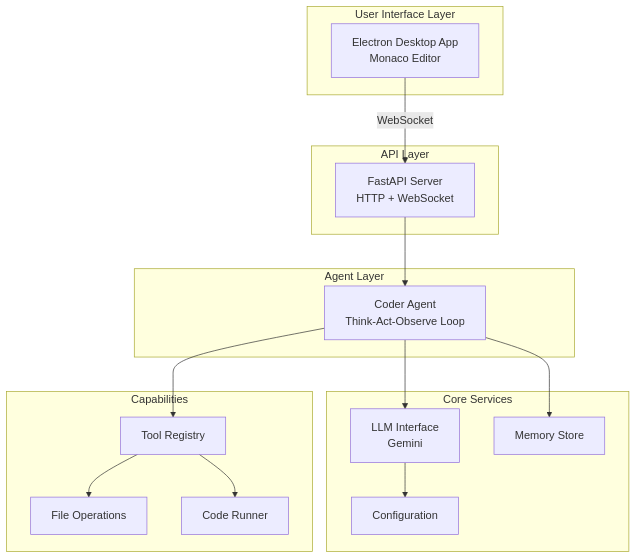
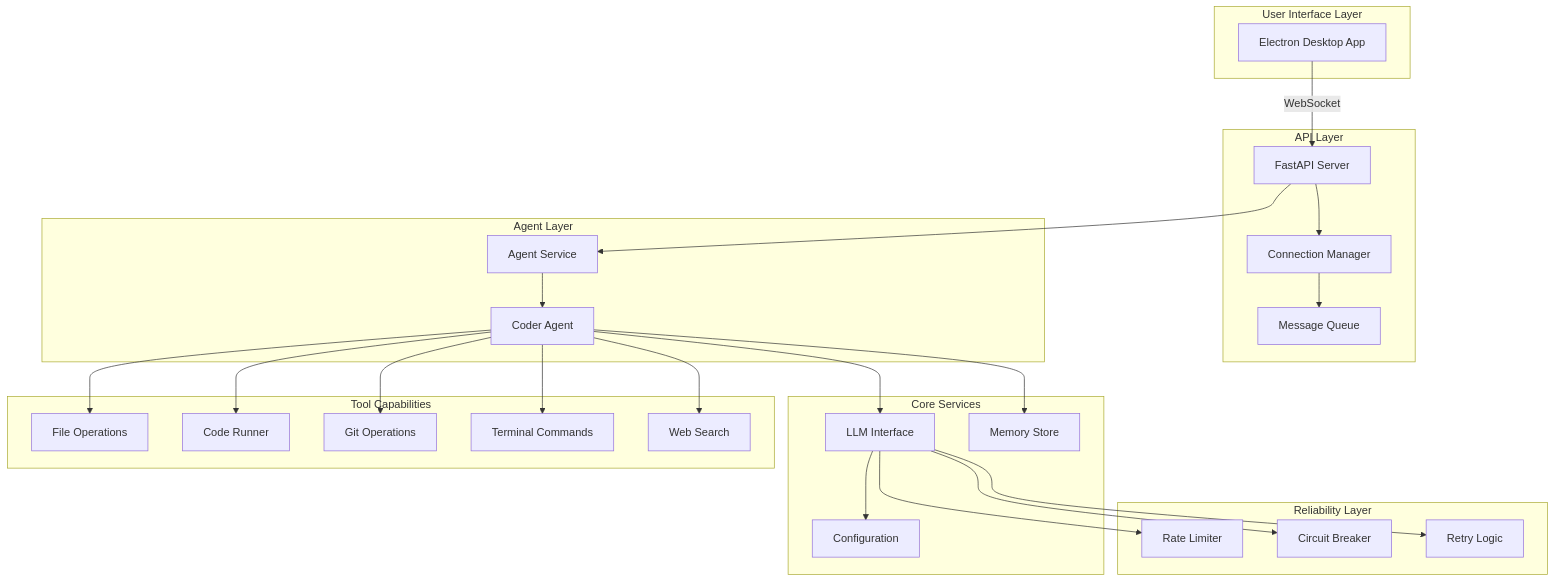
The first of 6 diagrams in docs/ARCHITECTURE.md (bdoubleu15-eng/slowhands), drawn with Mermaid before and after one commit. The commit also changed other lines of this file and 49 other files, not shown here.

````diff
--- a/docs/ARCHITECTURE.md
+++ b/docs/ARCHITECTURE.md
@@ -7,38 +7,56 @@
 ```mermaid
 graph TB
-    subgraph "User Interface Layer"
-        Desktop[Electron Desktop App<br/>Monaco Editor]
+    subgraph ui [User Interface Layer]
+        Desktop[Electron Desktop App]
     end
 
-    subgraph "API Layer"
-        Server[FastAPI Server<br/>HTTP + WebSocket]
+    subgraph api [API Layer]
+        Server[FastAPI Server]
+        ConnMgr[Connection Manager]
+        MsgQueue[Message Queue]
     end
 
-    subgraph "Agent Layer"
-        Agent[Coder Agent<br/>Think-Act-Observe Loop]
+    subgraph agent [Agent Layer]
+        Agent[Coder Agent]
+        Services[Agent Service]
     end
 
-    subgraph "Core Services"
+    subgraph core [Core Services]
         Config[Configuration]
-        LLM[LLM Interface<br/>Gemini]
+        LLM[LLM Interface]
         Memory[Memory Store]
     end
 
-    subgraph "Capabilities"
-        Tools[Tool Registry]
+    subgraph reliability [Reliability Layer]
+        RateLimiter[Rate Limiter]
+        CircuitBreaker[Circuit Breaker]
+        Retry[Retry Logic]
+    end
+
+    subgraph tools [Tool Capabilities]
         FileOps[File Operations]
         CodeRunner[Code Runner]
+        GitOps[Git Operations]
+        Terminal[Terminal Commands]
+        WebSearch[Web Search]
     end
 
     Desktop -->|WebSocket| Server
-    Server --> Agent
-    
+    Server --> ConnMgr
+    ConnMgr --> MsgQueue
+    Server --> Services
+    Services --> Agent
+
     Agent --> LLM
-    Agent --> Tools
     Agent --> Memory
-    
-    Tools --> FileOps
-    Tools --> CodeRunner
-    
+    Agent --> FileOps
+    Agent --> CodeRunner
+    Agent --> GitOps
+    Agent --> Terminal
+    Agent --> WebSearch
+
+    LLM --> RateLimiter
+    LLM --> CircuitBreaker
+    LLM --> Retry
     LLM --> Config
 ```
````
